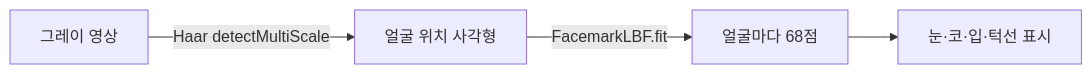
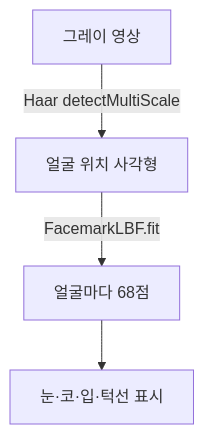
Before and after one commit to sung2ne/2026_cv_practice: the diagram in 교재/04_얼굴객체검출.md, drawn with Mermaid. The commit also changed 4 other files, not shown here.

First line of the commit message:
docs: 모든 교재 다이어그램을 세로(TD) 방향으로 통일

````diff
--- a/교재/04_얼굴객체검출.md
+++ b/교재/04_얼굴객체검출.md
@@ -73,6 +73,6 @@
 ```mermaid
-flowchart LR
+flowchart TD
     A[그레이 영상] -->|Haar detectMultiScale| B[얼굴 위치 사각형]
     B -->|FacemarkLBF.fit| C[얼굴마다 68점]
     C --> D[눈·코·입·턱선 표시]
 ```
````
